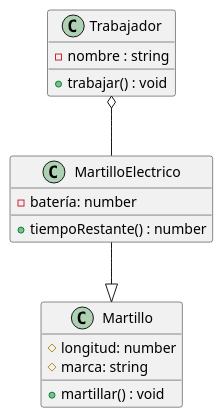
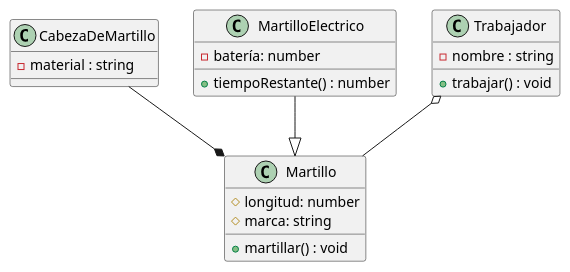
Before and after one commit to arturoalbero/Materiales-EDE-2425: the diagram in Materiales/UP04-herramientas-para-el-desarrollo-de-software/01-Actividades-Exposicion-Consolidacion/05-ingenieria-inversa-diagrama-a-programa-viceversa.md, drawn with PlantUML. The commit also changed other lines of this file and 21 other files, not shown here.

````diff
--- a/Materiales/UP04-herramientas-para-el-desarrollo-de-software/01-Actividades-Exposicion-Consolidacion/05-ingenieria-inversa-diagrama-a-programa-viceversa.md
+++ b/Materiales/UP04-herramientas-para-el-desarrollo-de-software/01-Actividades-Exposicion-Consolidacion/05-ingenieria-inversa-diagrama-a-programa-viceversa.md
@@ -5,19 +28,24 @@
 ```plantuml
+skinparam classAttributeIconSize 0
 @startuml
 class Martillo{
     # longitud: number
     # marca: string
     + martillar() : void
+}
+class CabezaDeMartillo{
+    - material : string
 }
 class MartilloElectrico{
     - batería: number
     + tiempoRestante() : number
 }
 class Trabajador{
     - nombre : string
     + trabajar() : void
 }
-Trabajador o-- MartilloElectrico
+Trabajador o-- Martillo
 MartilloElectrico --|> Martillo
+CabezaDeMartillo --* Martillo
 @enduml
 ```
````
